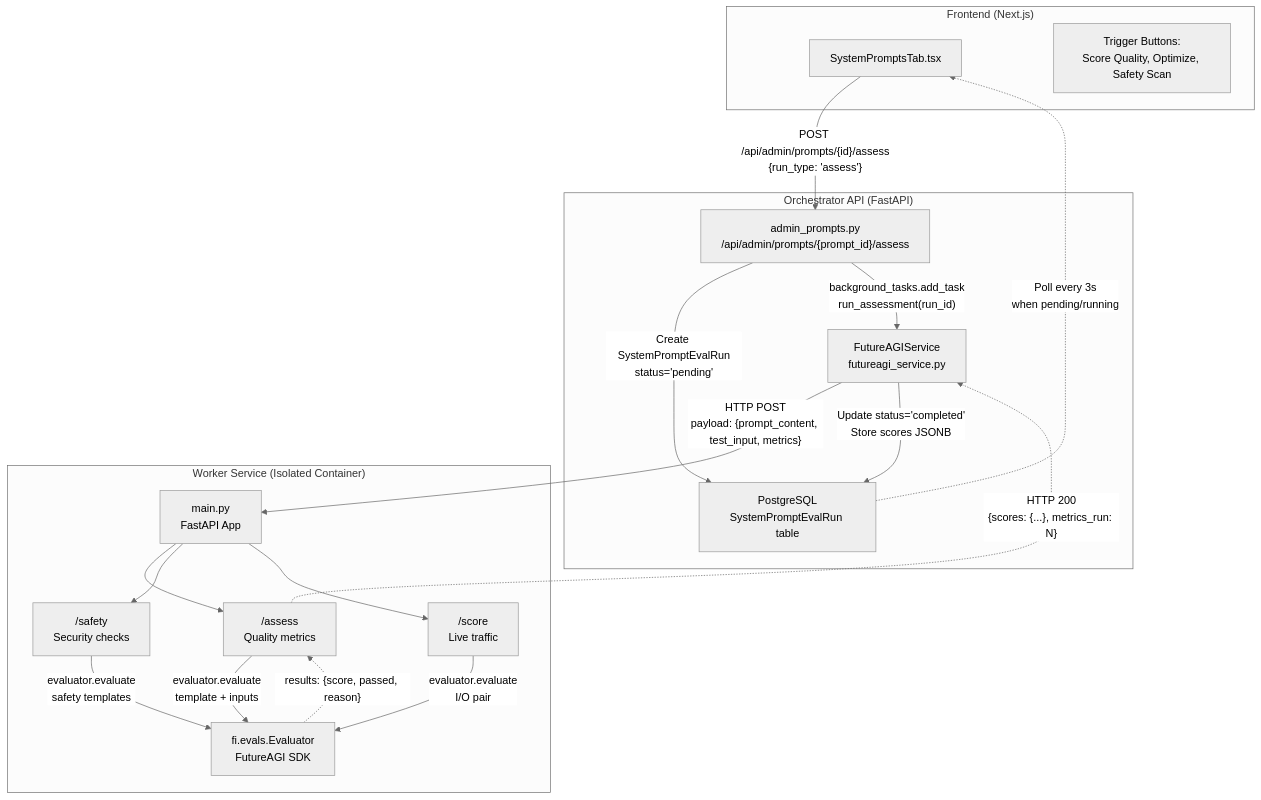
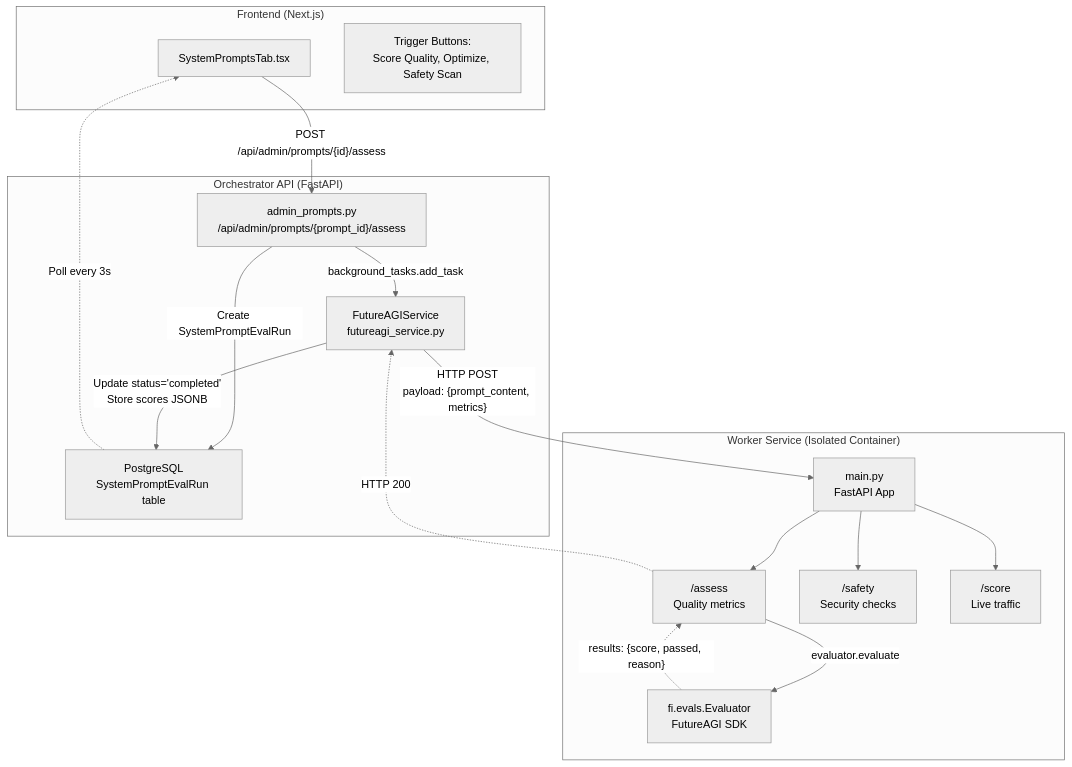
The first of 2 diagrams in docs/prompt-optimization/prompt-evaluation.md (AutomatosAI/automatos-ai), drawn with Mermaid (neutral theme) before and after one commit. The commit also changed other lines of this file and 149 other files, not shown here.

Commit message:
docs: refresh documentation with graphify semantic scan

````diff
--- a/docs/prompt-optimization/prompt-evaluation.md
+++ b/docs/prompt-optimization/prompt-evaluation.md
@@ -42,40 +57,38 @@
 ```mermaid
 graph TB
     subgraph "Frontend (Next.js)"
         SystemPromptsTab["SystemPromptsTab.tsx"]
         TriggerButtons["Trigger Buttons:<br/>Score Quality, Optimize, Safety Scan"]
     end
     
     subgraph "Orchestrator API (FastAPI)"
         AdminPromptsAPI["admin_prompts.py<br/>/api/admin/prompts/{prompt_id}/assess"]
         FutureAGIService["FutureAGIService<br/>futureagi_service.py"]
         DB["PostgreSQL<br/>SystemPromptEvalRun table"]
     end
     
     subgraph "Worker Service (Isolated Container)"
         WorkerMain["main.py<br/>FastAPI App"]
         AssessEndpoint["/assess<br/>Quality metrics"]
         SafetyEndpoint["/safety<br/>Security checks"]
         ScoreEndpoint["/score<br/>Live traffic"]
         SDKEval["fi.evals.Evaluator<br/>FutureAGI SDK"]
     end
     
-    SystemPromptsTab -->|"POST /api/admin/prompts/{id}/assess<br/>{run_type: 'assess'}"| AdminPromptsAPI
-    AdminPromptsAPI -->|"Create SystemPromptEvalRun<br/>status='pending'"| DB
-    AdminPromptsAPI -->|"background_tasks.add_task<br/>run_assessment(run_id)"| FutureAGIService
+    SystemPromptsTab -->|"POST /api/admin/prompts/{id}/assess"| AdminPromptsAPI
+    AdminPromptsAPI -->|"Create SystemPromptEvalRun"| DB
+    AdminPromptsAPI -->|"background_tasks.add_task"| FutureAGIService
     
-    FutureAGIService -->|"HTTP POST<br/>payload: {prompt_content, test_input, metrics}"| WorkerMain
+    FutureAGIService -->|"HTTP POST<br/>payload: {prompt_content, metrics}"| WorkerMain
     WorkerMain --> AssessEndpoint
     WorkerMain --> SafetyEndpoint
     WorkerMain --> ScoreEndpoint
     
-    AssessEndpoint -->|"evaluator.evaluate<br/>template + inputs"| SDKEval
-    SafetyEndpoint -->|"evaluator.evaluate<br/>safety templates"| SDKEval
-    ScoreEndpoint -->|"evaluator.evaluate<br/>I/O pair"| SDKEval
+    AssessEndpoint -->|"evaluator.evaluate"| SDKEval
     
     SDKEval -.->|"results: {score, passed, reason}"| AssessEndpoint
-    AssessEndpoint -.->|"HTTP 200<br/>{scores: {...}, metrics_run: N}"| FutureAGIService
+    AssessEndpoint -.->|"HTTP 200"| FutureAGIService
     
     FutureAGIService -->|"Update status='completed'<br/>Store scores JSONB"| DB
-    DB -.->|"Poll every 3s<br/>when pending/running"| SystemPromptsTab
+    DB -.->|"Poll every 3s"| SystemPromptsTab
 ```
````
